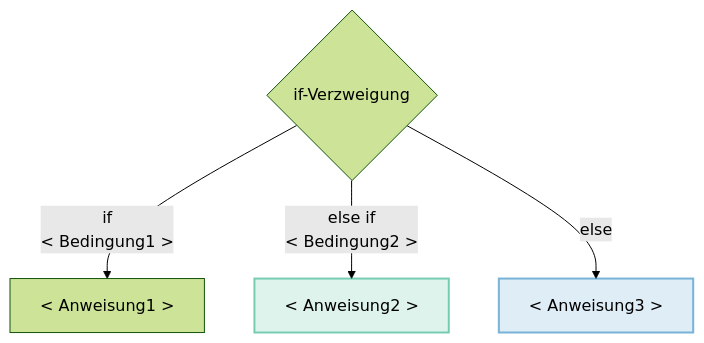
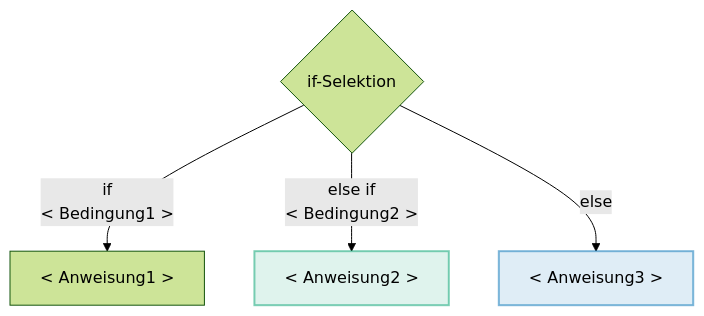
The first of 2 diagrams in docs/woche03/3a-konditionen/if-kontrollstruktur.md (codingluke/bbzbl-modul-319), drawn with Mermaid (forest theme) before and after one commit. The commit also changed other lines of this file and 9 other files, not shown here.

````diff
--- a/docs/woche03/3a-konditionen/if-kontrollstruktur.md
+++ b/docs/woche03/3a-konditionen/if-kontrollstruktur.md
@@ -53,10 +53,10 @@
 ```mermaid
 flowchart TD
-    C{if-Verzweigung}
+    C{if-Selektion}
     C -->|"if\n< Bedingung1 >"| D["< Anweisung1 >"]
     C -->|"else if\n< Bedingung2 >"| E["< Anweisung2 >"]
     C -->|else| F["< Anweisung3 >"]
 
     style E fill:#00A17020,stroke:#00A17080,stroke-width:2px
     style F fill:#0072B520,stroke:#0072B580,stroke-width:2px
 ```
````
